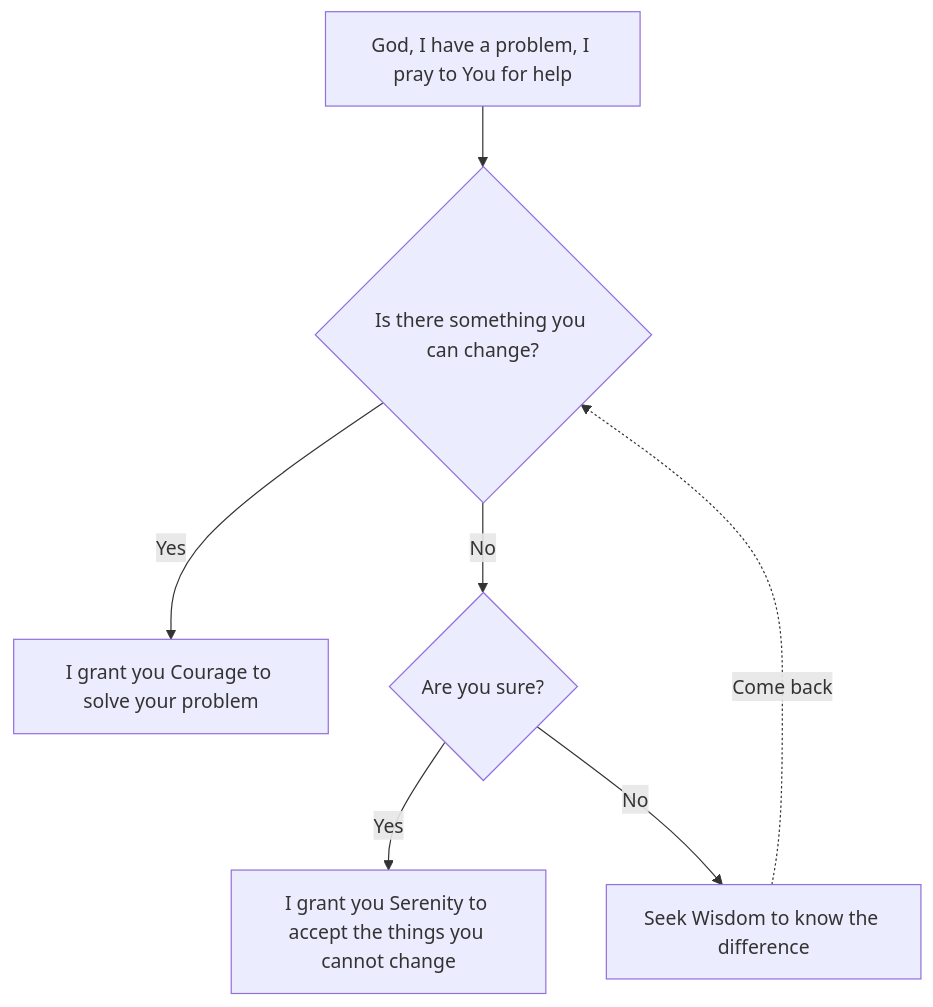
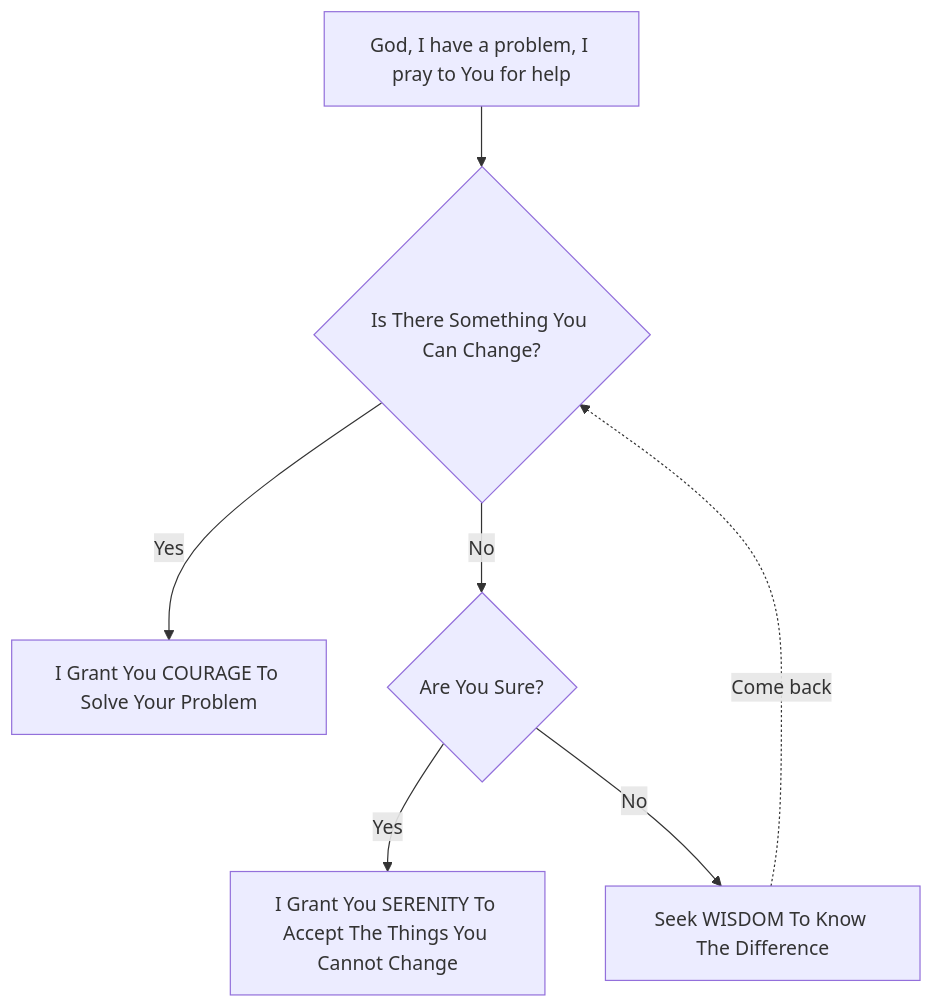
Before and after one commit to kuprel/serenity: the diagram in README.md, drawn with Mermaid.

````diff
--- a/README.md
+++ b/README.md
@@ -3,16 +3,16 @@
 ```mermaid
 flowchart TD
   PRAY["God, I have a problem, I pray to You for help"]:::prayer
-  CHANGE1{"Is there something you can change?"}:::gate
-  COURAGE["I grant you Courage to solve your problem"]:::answer
-  CHANGE2{"Are you sure?"}:::gate
-  SERENITY["I grant you Serenity to accept the things you cannot change"]:::answer
-  WISDOM["Seek Wisdom to know the difference"]:::answer
+  CHANGE1{"Is There Something You Can Change?"}:::gate
+  COURAGE["I Grant You COURAGE To Solve Your Problem"]:::answer
+  CHANGE2{"Are You Sure?"}:::gate
+  SERENITY["I Grant You SERENITY To Accept The Things You Cannot Change"]:::answer
+  WISDOM["Seek WISDOM To Know The Difference"]:::answer
 
   PRAY --> CHANGE1
   CHANGE1 -- Yes --> COURAGE
   CHANGE1 -- No  --> CHANGE2
   CHANGE2 -- Yes --> SERENITY
   CHANGE2 -- No  --> WISDOM
   WISDOM -. "Come back" .-> CHANGE1
 ```
````
